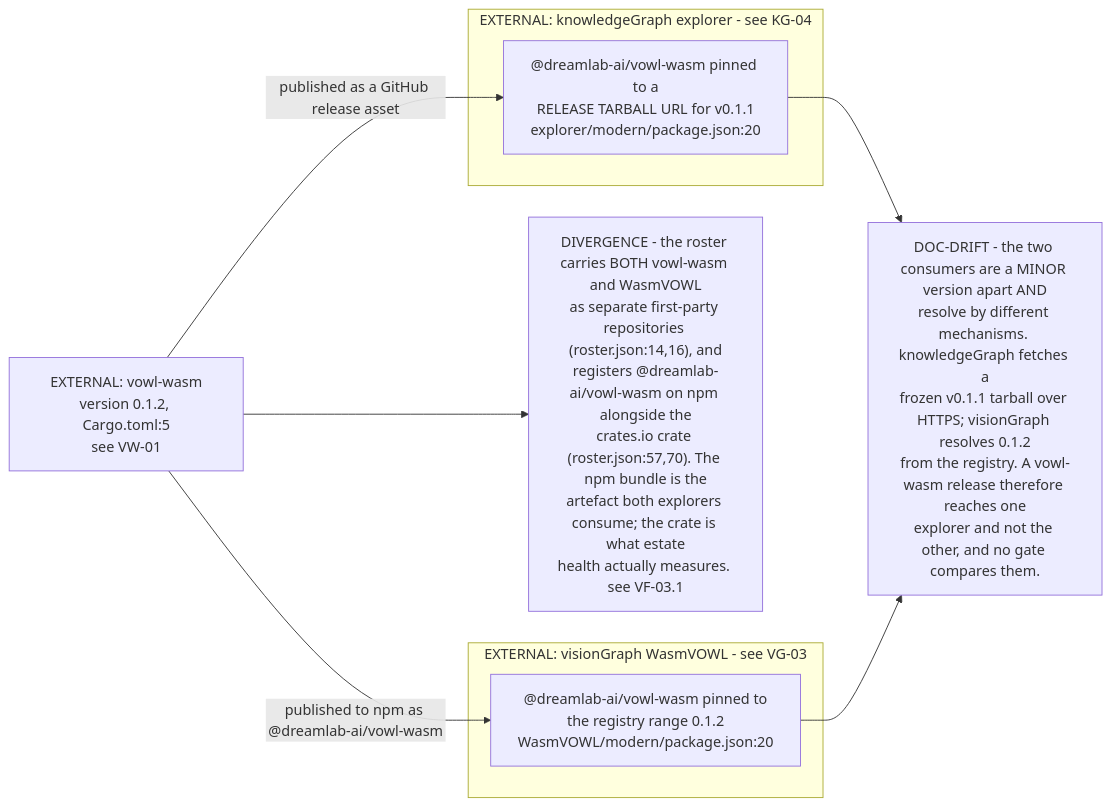
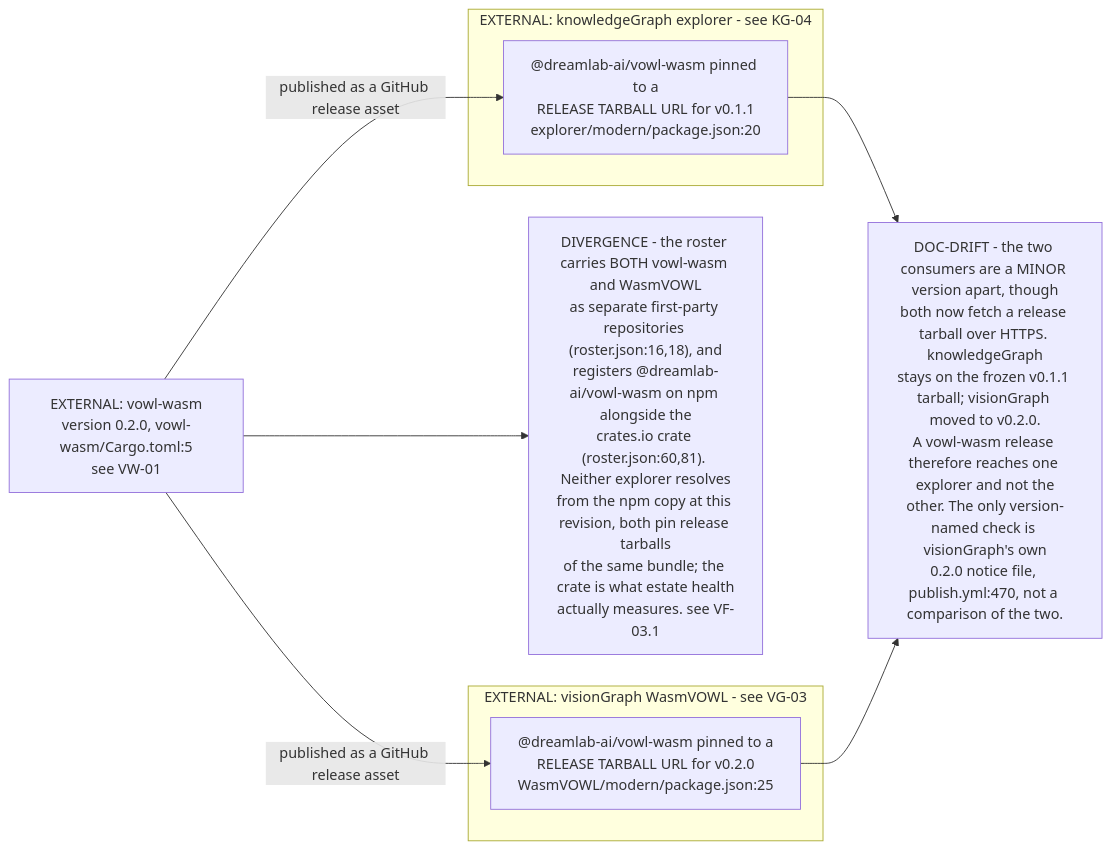
One commit to DreamLab-AI/VisionFlow changed the third of 5 diagrams in docs/diagrams/estate/11-publishing-axis.md. Above: the diagram before and after it, drawn with Mermaid. The commit also changed other lines of this file and 160 other files, not shown here.

````diff
--- a/docs/diagrams/estate/11-publishing-axis.md
+++ b/docs/diagrams/estate/11-publishing-axis.md
@@ -93,21 +98,21 @@
 ```mermaid
 flowchart LR
-    CRATE["EXTERNAL: vowl-wasm<br/>version 0.1.2, Cargo.toml:5<br/>see VW-01"]
+    CRATE["EXTERNAL: vowl-wasm<br/>version 0.2.0, vowl-wasm/Cargo.toml:5<br/>see VW-01"]
 
     subgraph KGE["EXTERNAL: knowledgeGraph explorer - see KG-04"]
         KGP["@dreamlab-ai/vowl-wasm pinned to a<br/>RELEASE TARBALL URL for v0.1.1<br/>explorer/modern/package.json:20"]
     end
     subgraph VGE["EXTERNAL: visionGraph WasmVOWL - see VG-03"]
-        VGP["@dreamlab-ai/vowl-wasm pinned to<br/>the registry range 0.1.2<br/>WasmVOWL/modern/package.json:20"]
+        VGP["@dreamlab-ai/vowl-wasm pinned to a<br/>RELEASE TARBALL URL for v0.2.0<br/>WasmVOWL/modern/package.json:25"]
     end
 
     CRATE -->|"published as a GitHub release asset"| KGP
-    CRATE -->|"published to npm as @dreamlab-ai/vowl-wasm"| VGP
+    CRATE -->|"published as a GitHub release asset"| VGP
 
-    D1["DOC-DRIFT - the two consumers are a MINOR version apart AND<br/>resolve by different mechanisms. knowledgeGraph fetches a<br/>frozen v0.1.1 tarball over HTTPS; visionGraph resolves 0.1.2<br/>from the registry. A vowl-wasm release therefore reaches one<br/>explorer and not the other, and no gate compares them."]
-    D2["DIVERGENCE - the roster carries BOTH vowl-wasm and WasmVOWL<br/>as separate first-party repositories (roster.json:14,16), and<br/>registers @dreamlab-ai/vowl-wasm on npm alongside the<br/>crates.io crate (roster.json:57,70). The npm bundle is the<br/>artefact both explorers consume; the crate is what estate<br/>health actually measures. see VF-03.1"]
+    D1["DOC-DRIFT - the two consumers are a MINOR version apart, though<br/>both now fetch a release tarball over HTTPS. knowledgeGraph<br/>stays on the frozen v0.1.1 tarball; visionGraph moved to v0.2.0.<br/>A vowl-wasm release therefore reaches one explorer and not the<br/>other. The only version-named check is visionGraph's own<br/>0.2.0 notice file, publish.yml:470, not a comparison of the two."]
+    D2["DIVERGENCE - the roster carries BOTH vowl-wasm and WasmVOWL<br/>as separate first-party repositories (roster.json:16,18), and<br/>registers @dreamlab-ai/vowl-wasm on npm alongside the<br/>crates.io crate (roster.json:60,81). Neither explorer resolves<br/>from the npm copy at this revision, both pin release tarballs<br/>of the same bundle; the crate is what estate health<br/>actually measures. see VF-03.1"]
 
     KGP --> D1
     VGP --> D1
     CRATE --> D2
 ```
````
